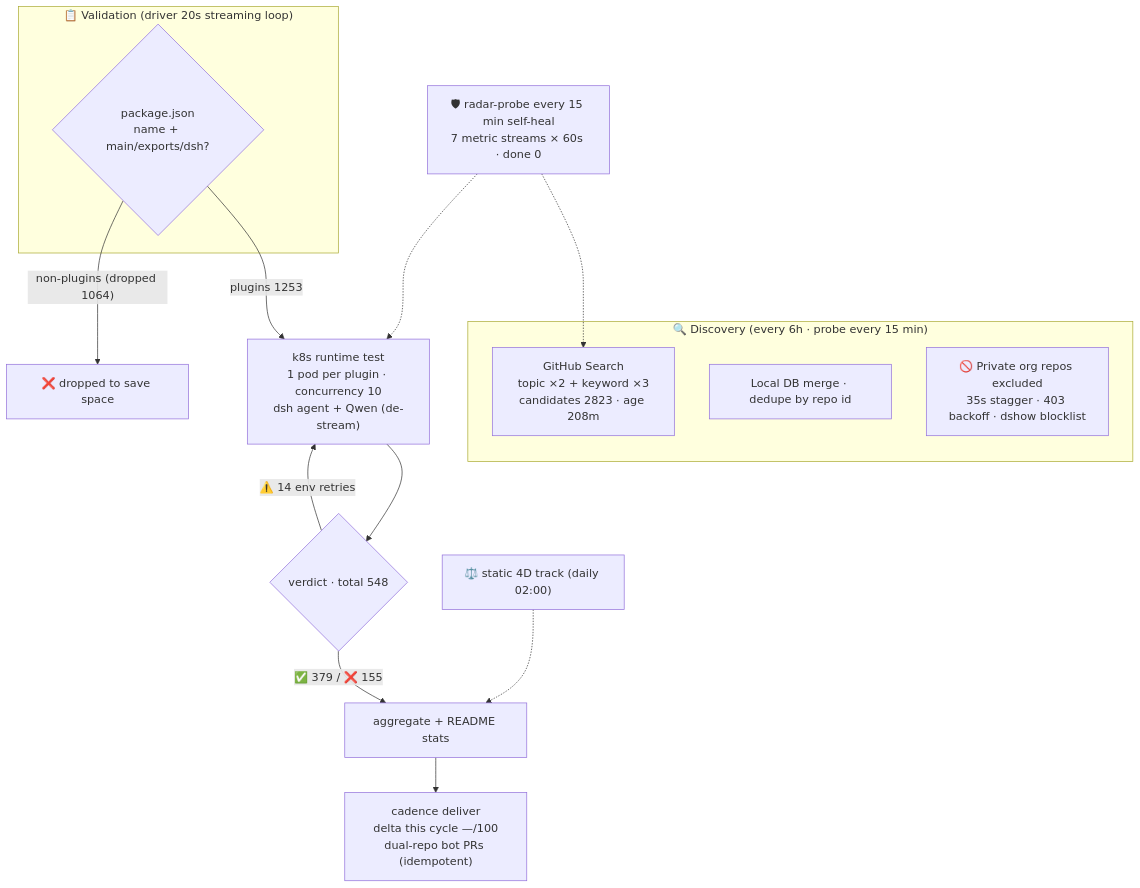
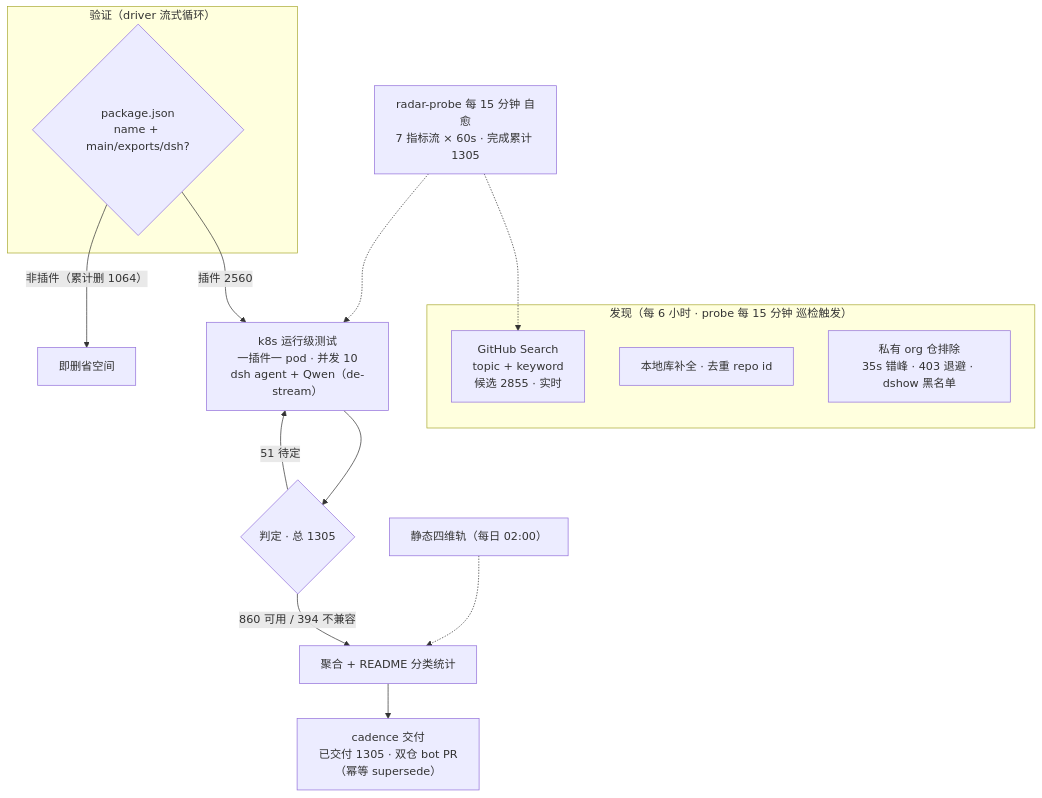
Before and after one commit to AdamPlatin123/awesome-dsh-plugins: the diagram in README.en-US.md, drawn with Mermaid. The commit also changed other lines of this file and 2 other files, not shown here.

Commit message:
fix(radar): README 数值对齐 v2 实时真相（收录/判定/可用/待定）+ 全去 emoji + 锚点修复；渲染器模板同步去 emoji

````diff
--- a/README.en-US.md
+++ b/README.en-US.md
@@ -29,20 +29,20 @@
 ```mermaid
 flowchart TB
-    subgraph Discovery["🔍 Discovery (every 6h · probe every 15 min)"]
-        A1["GitHub Search<br/>topic ×2 + keyword ×3<br/>candidates 2823 · age 208m"]
-        A2["Local DB merge · dedupe by repo id"]
-        A3["🚫 Private org repos excluded<br/>35s stagger · 403 backoff · dshow blocklist"]
+    subgraph Discovery["发现（每 6 小时 · probe 每 15 分钟 巡检触发）"]
+        A1["GitHub Search<br/>topic + keyword<br/>候选 2855 · 实时"]
+        A2["本地库补全 · 去重 repo id"]
+        A3["私有 org 仓排除<br/>35s 错峰 · 403 退避 · dshow 黑名单"]
     end
-    subgraph Validation["📋 Validation (driver 20s streaming loop)"]
+    subgraph Validation["验证（driver 流式循环）"]
         B1{"package.json<br/>name + main/exports/dsh?"}
     end
-    B1 -->|"plugins 1253"| C1["k8s runtime test<br/>1 pod per plugin · concurrency 10<br/>dsh agent + Qwen (de-stream)"]
-    B1 -->|"non-plugins (dropped 1064)"| B3["❌ dropped to save space"]
-    C1 --> D1{"verdict · total 548"}
-    D1 -->|"✅ 379 / ❌ 155"| E1["aggregate + README stats"]
-    D1 -->|"⚠️ 14 env retries"| C1
-    E1 --> E2["cadence deliver<br/>delta this cycle —/100<br/>dual-repo bot PRs (idempotent)"]
-    S["⚖️ static 4D track (daily 02:00)"] -.-> E1
-    M["🛡 radar-probe every 15 min self-heal<br/>7 metric streams × 60s · done 0"] -.-> A1
+    B1 -->|"插件 2560"| C1["k8s 运行级测试<br/>一插件一 pod · 并发 10<br/>dsh agent + Qwen（de-stream）"]
+    B1 -->|"非插件（累计删 1064）"| B3["即删省空间"]
+    C1 --> D1{"判定 · 总 1305"}
+    D1 -->|"860 可用 / 394 不兼容"| E1["聚合 + README 分类统计"]
+    D1 -->|"51 待定"| C1
+    E1 --> E2["cadence 交付<br/>已交付 1305 · 双仓 bot PR（幂等 supersede）"]
+    S["静态四维轨（每日 02:00）"] -.-> E1
+    M["radar-probe 每 15 分钟 自愈<br/>7 指标流 × 60s · 完成累计 1305"] -.-> A1
     M -.-> C1
 ```
````
